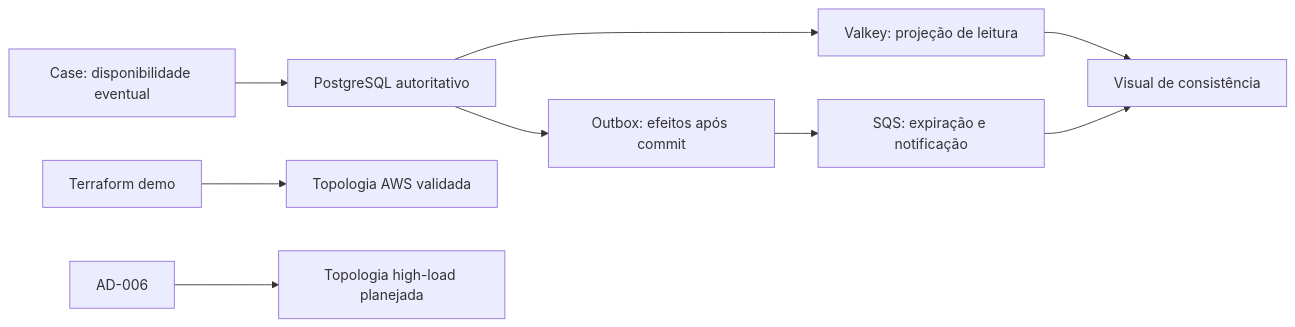
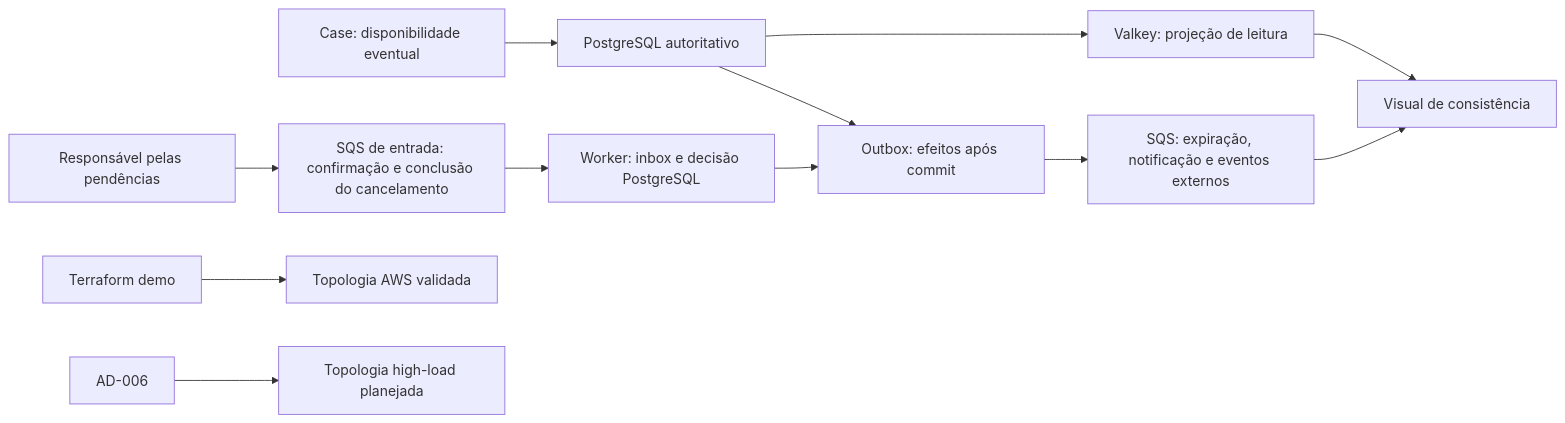
One commit to MoreiraVinicius/cielo-flash-booking changed the diagram in .specs/features/eventual-consistency-aws-visuals/design.md. Above: the diagram before and after it, drawn with Mermaid. The commit also changed other lines of this file and 21 other files, not shown here.

````diff
--- a/.specs/features/eventual-consistency-aws-visuals/design.md
+++ b/.specs/features/eventual-consistency-aws-visuals/design.md
@@ -10,11 +10,14 @@
 ```mermaid
 flowchart LR
     Case[Case: disponibilidade eventual] --> Truth[PostgreSQL autoritativo]
     Truth --> Read[Valkey: projeção de leitura]
     Truth --> Outbox[Outbox: efeitos após commit]
-    Outbox --> SQS[SQS: expiração e notificação]
+    Outbox --> SQS[SQS: expiração, notificação e eventos externos]
+    External[Responsável pelas pendências] --> Inbound[SQS de entrada: confirmação e conclusão do cancelamento]
+    Inbound --> Worker[Worker: inbox e decisão PostgreSQL]
+    Worker --> Outbox
     Demo[Terraform demo] --> DemoView[Topologia AWS validada]
     Target[AD-006] --> TargetView[Topologia high-load planejada]
     Read --> ConsistencyView[Visual de consistência]
     SQS --> ConsistencyView
 ```
````
